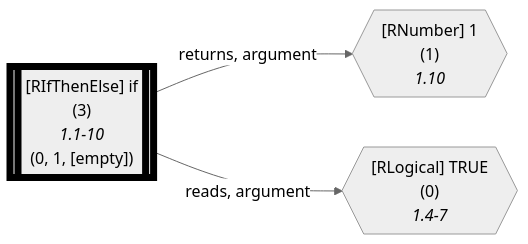
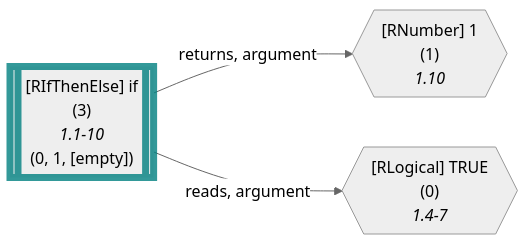
Diagram 14 of 33 in wiki/Dataflow Graph.md (flowr-analysis/flowr), drawn with Mermaid (neutral theme) before and after one commit. The commit also changed other lines of this file and 8 other files, not shown here.

````diff
--- a/wiki/Dataflow Graph.md
+++ b/wiki/Dataflow Graph.md
@@ -1263,16 +1612,16 @@
 ```mermaid
 flowchart LR
     0{{"`#91;RLogical#93; TRUE
       (0)
       *1.4-7*`"}}
     1{{"`#91;RNumber#93; 1
       (1)
       *1.10*`"}}
     3[["`#91;RIfThenElse#93; if
       (3)
       *1.1-10*
     (0, 1, [empty])`"]]
-    style 3 stroke:black,stroke-width:7px; 
+    style 3 stroke:teal,stroke-width:7px,stroke-opacity:.8; 
     3 -->|"returns, argument"| 1
     3 -->|"reads, argument"| 0
 ```
````
